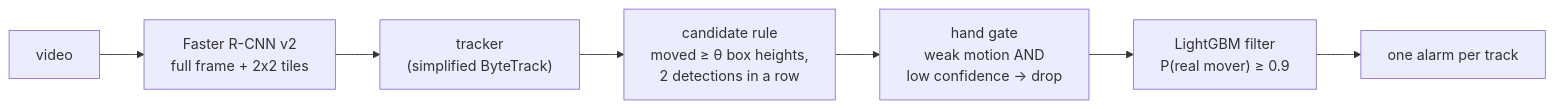
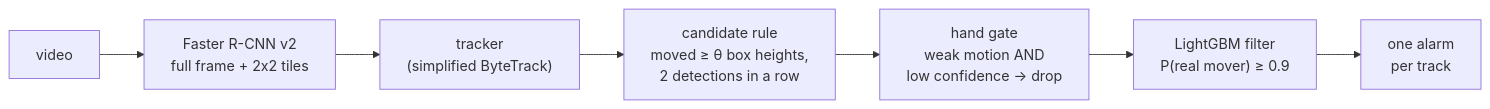
Before and after one commit to 0fmate/malto-who-moves: the diagram in README.md, drawn with Mermaid.

Commit message:
Break the last diagram label so it is not truncated on GitHub

````diff
--- a/README.md
+++ b/README.md
@@ -30,9 +30,9 @@
 ```mermaid
 flowchart LR
     V[video] --> D["Faster R-CNN v2<br/>full frame + 2x2 tiles"]
     D --> T["tracker<br/>(simplified ByteTrack)"]
     T --> C["candidate rule<br/>moved ≥ θ box heights,<br/>2 detections in a row"]
     C --> G["hand gate<br/>weak motion AND<br/>low confidence → drop"]
     G --> M["LightGBM filter<br/>P(real mover) ≥ 0.9"]
-    M --> A["one alarm per track"]
+    M --> A["one alarm<br/>per track"]
 ```
````
